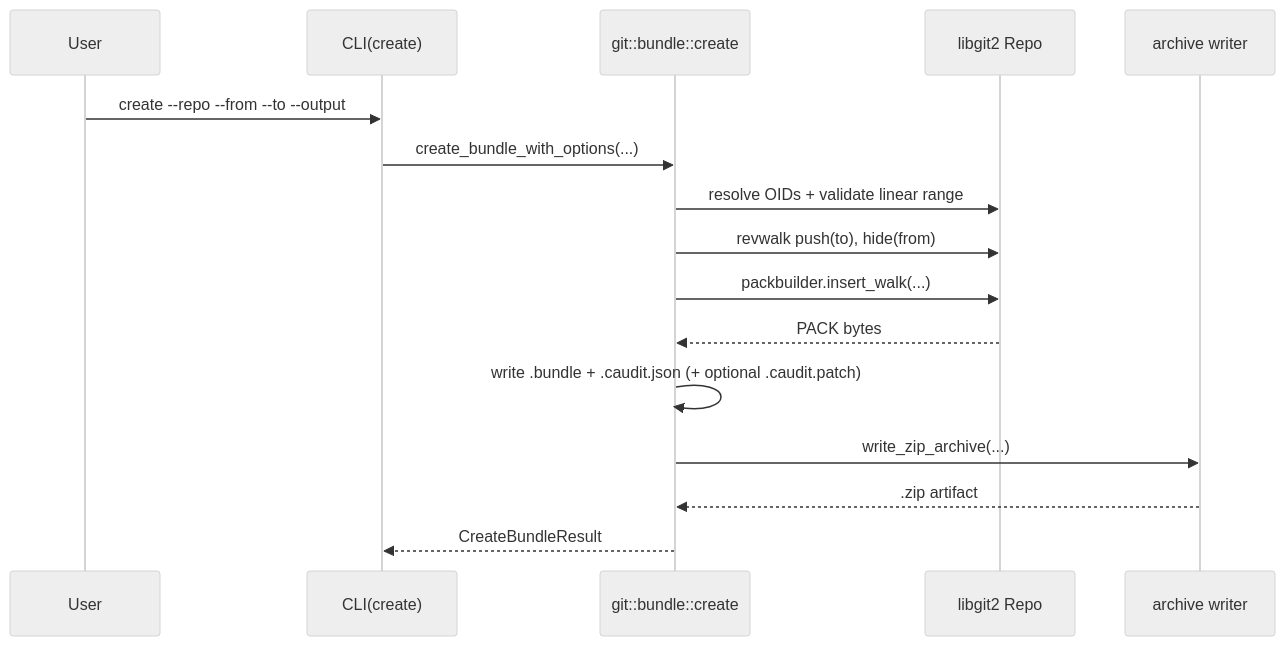
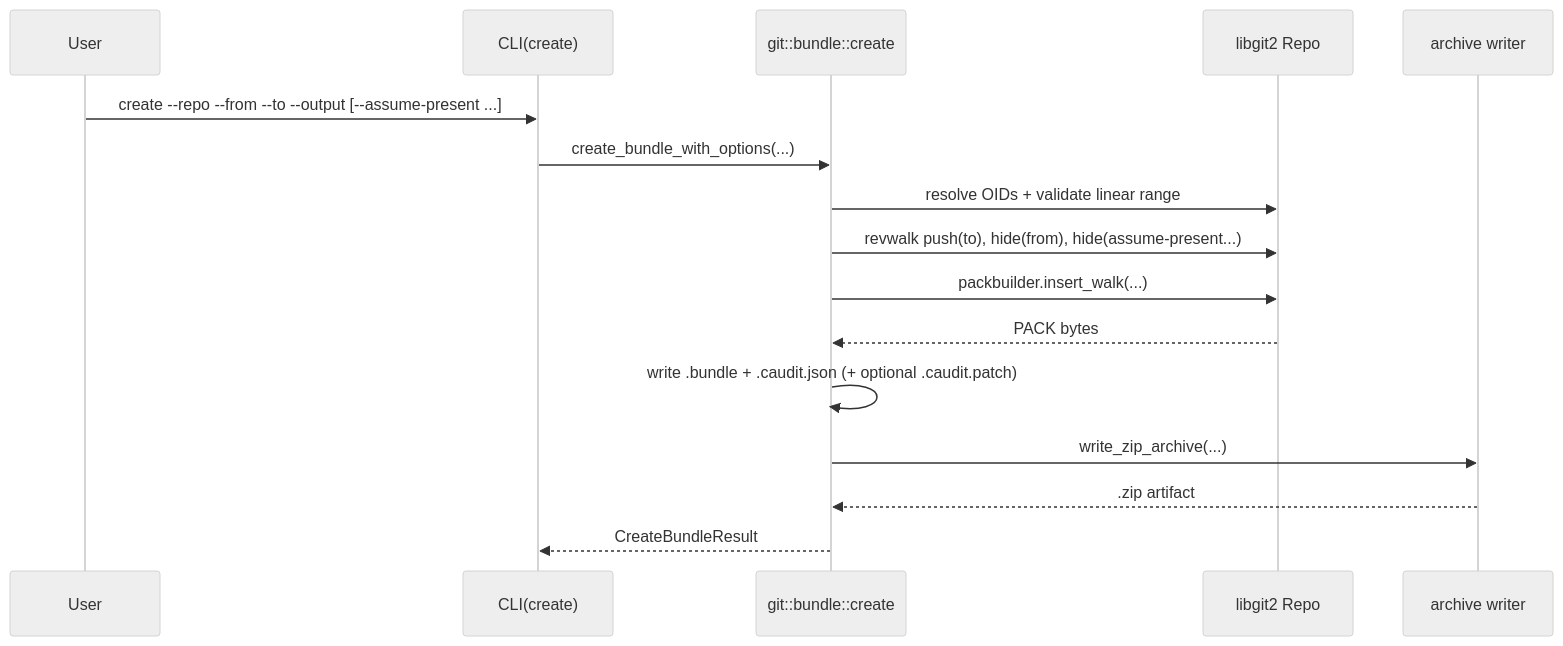
The fifth of 14 diagrams in docs/SDD_SAD.md (daredem0/git-sync), drawn with Mermaid (neutral theme) before and after one commit. The commit also changed other lines of this file and 11 other files, not shown here.

First line of the commit message:
Add: Support delta bundle creation with repeatable --assume-present

````diff
--- a/docs/SDD_SAD.md
+++ b/docs/SDD_SAD.md
@@ -356,19 +356,19 @@
 ```mermaid
 sequenceDiagram
     participant U as User
     participant C as CLI(create)
     participant G as git::bundle::create
     participant R as libgit2 Repo
     participant A as archive writer
 
-    U->>C: create --repo --from --to --output
+    U->>C: create --repo --from --to --output [--assume-present ...]
     C->>G: create_bundle_with_options(...)
     G->>R: resolve OIDs + validate linear range
-    G->>R: revwalk push(to), hide(from)
+    G->>R: revwalk push(to), hide(from), hide(assume-present...)
     G->>R: packbuilder.insert_walk(...)
     R-->>G: PACK bytes
     G->>G: write .bundle + .caudit.json (+ optional .caudit.patch)
     G->>A: write_zip_archive(...)
     A-->>G: .zip artifact
     G-->>C: CreateBundleResult
 ```
````
